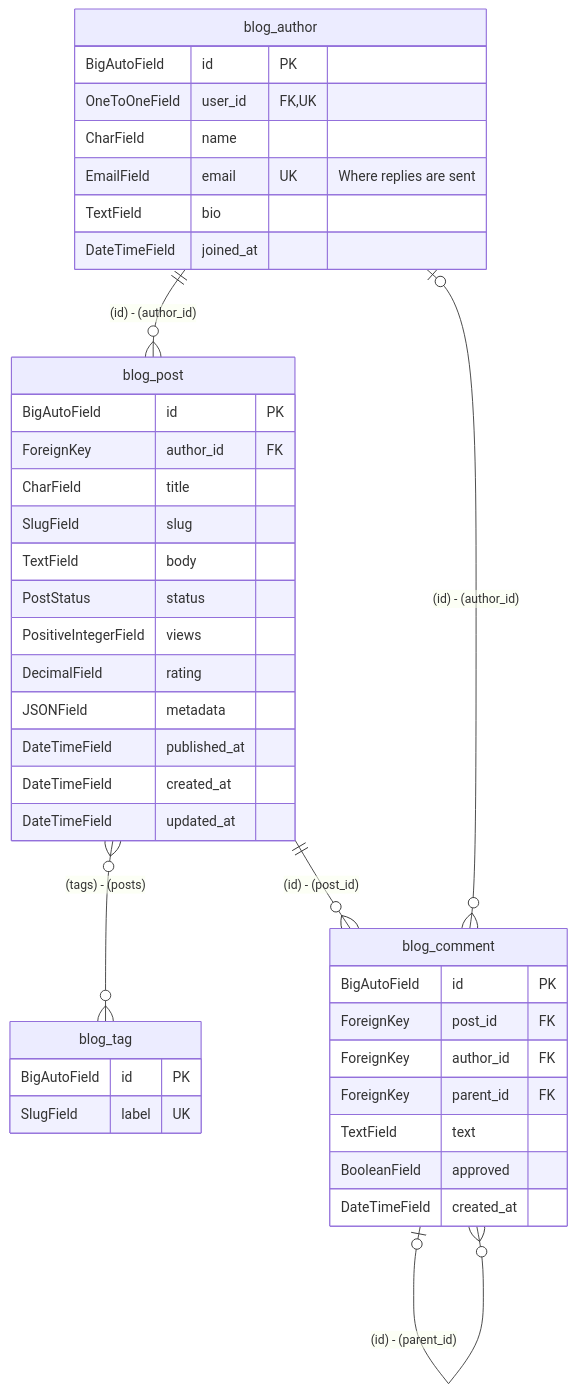
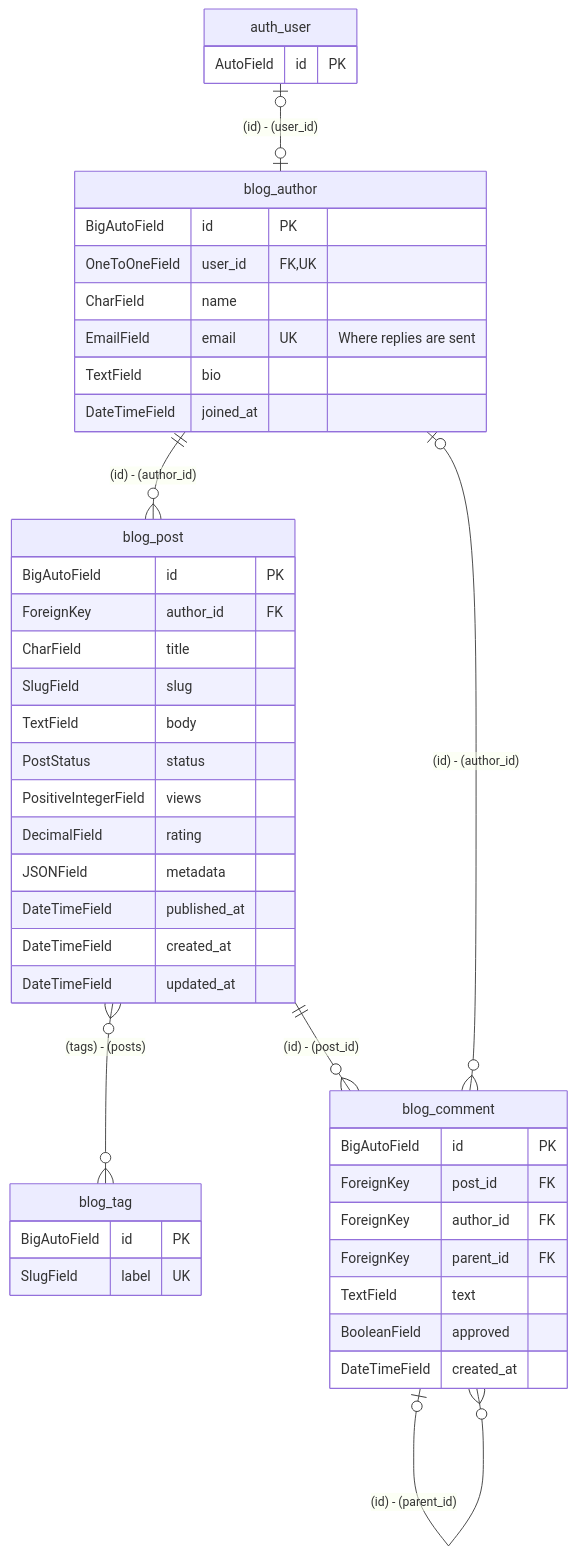
Before and after one commit to nakita628/djangoer: the diagram in examples/blog/docs/er.md, drawn with Mermaid. The commit also changed 25 other files, not shown here.

````diff
--- a/examples/blog/docs/er.md
+++ b/examples/blog/docs/er.md
@@ -1,43 +1,47 @@
 ```mermaid
 erDiagram
+    auth_user |o--o| blog_author : "(id) - (user_id)"
     blog_author ||--o{ blog_post : "(id) - (author_id)"
     blog_post }o--o{ blog_tag : "(tags) - (posts)"
     blog_post ||--o{ blog_comment : "(id) - (post_id)"
     blog_author |o--o{ blog_comment : "(id) - (author_id)"
     blog_comment |o--o{ blog_comment : "(id) - (parent_id)"
     blog_author {
         BigAutoField id PK
         OneToOneField user_id FK, UK
         CharField name
         EmailField email UK "Where replies are sent"
         TextField bio
         DateTimeField joined_at
     }
     blog_tag {
         BigAutoField id PK
         SlugField label UK
     }
     blog_post {
         BigAutoField id PK
         ForeignKey author_id FK
         CharField title
         SlugField slug
         TextField body
         PostStatus status
         PositiveIntegerField views
         DecimalField rating
         JSONField metadata
         DateTimeField published_at
         DateTimeField created_at
         DateTimeField updated_at
     }
     blog_comment {
         BigAutoField id PK
         ForeignKey post_id FK
         ForeignKey author_id FK
         ForeignKey parent_id FK
         TextField text
         BooleanField approved
         DateTimeField created_at
     }
+    auth_user {
+        AutoField id PK
+    }
 ```
````
